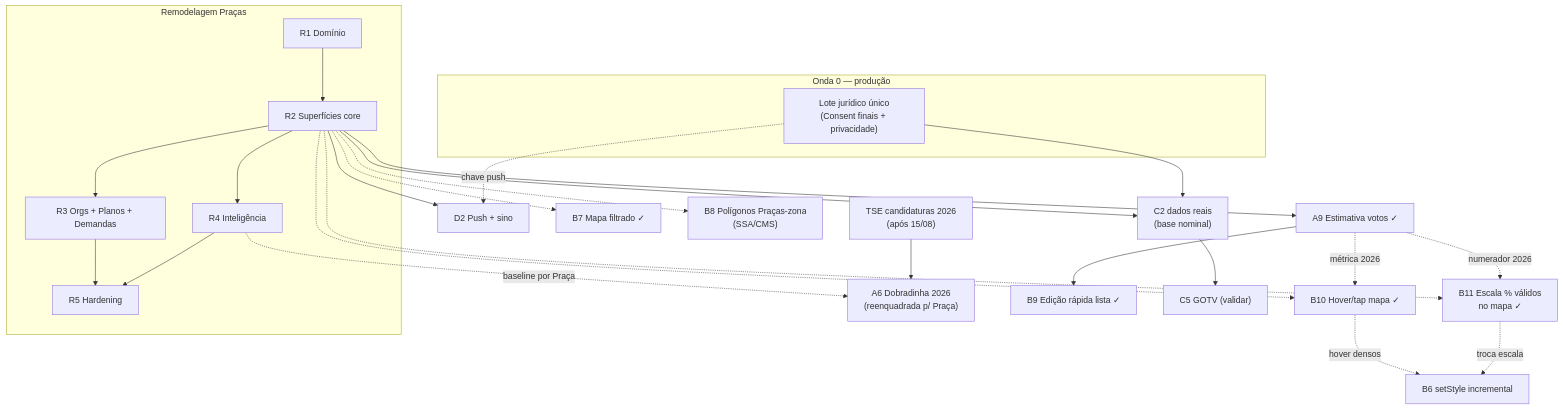
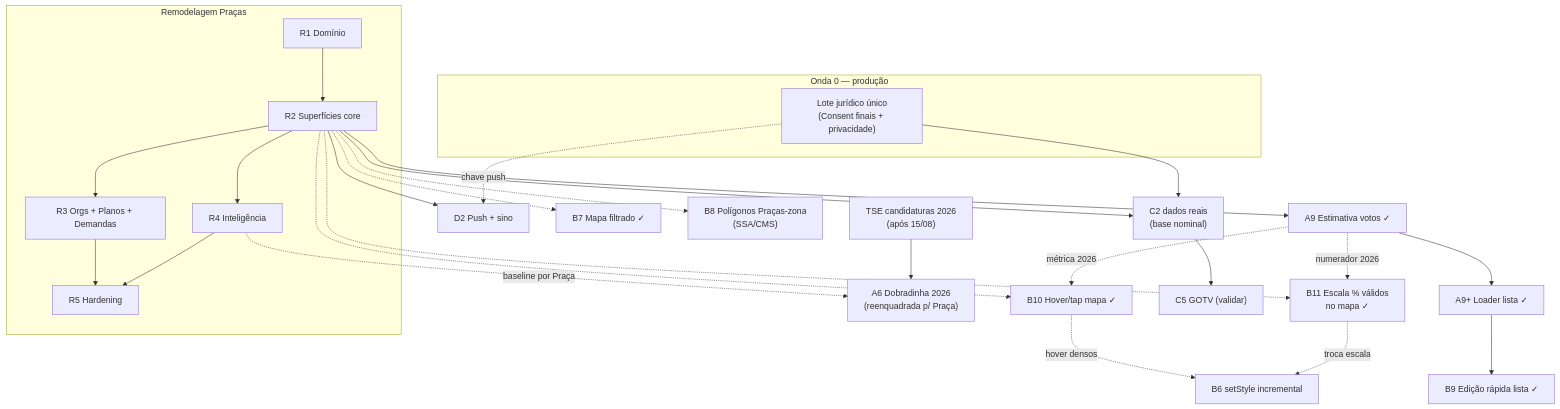
The diagram in docs/roadmap.md (fsolla/teqo), drawn with Mermaid before and after one commit. The commit also changed other lines of this file and 22 other files, not shown here.

````diff
--- a/docs/roadmap.md
+++ b/docs/roadmap.md
@@ -50,34 +50,35 @@
 ```mermaid
 flowchart TD
     subgraph Onda0["Onda 0 — produção"]
         JUR["Lote jurídico único<br/>(Consent finais + privacidade)"]
     end
 
     subgraph Remodel["Remodelagem Praças"]
         R1["R1 Domínio"]
         R2["R2 Superfícies core"]
         R3["R3 Orgs + Planos + Demandas"]
         R4["R4 Inteligência"]
         R5["R5 Hardening"]
     end
 
     R1 --> R2 --> R3 --> R5
     R2 --> R4 --> R5
     JUR --> C2prod["C2 dados reais<br/>(base nominal)"]
     R2 --> C2prod
     TSE2026["TSE candidaturas 2026<br/>(após 15/08)"] --> A6["A6 Dobradinha 2026<br/>(reenquadrada p/ Praça)"]
     R4 -.baseline por Praça.-> A6
     R2 --> D2["D2 Push + sino"]
     R2 --> A9["A9 Estimativa votos ✓"]
-    A9 --> B9["B9 Edição rápida lista ✓"]
+    A9 --> A9plus["A9+ Loader lista ✓"]
+    A9plus --> B9["B9 Edição rápida lista ✓"]
     R2 -.-> B7["B7 Mapa filtrado ✓"]
     R2 -.-> B8["B8 Polígonos Praças-zona<br/>(SSA/CMS)"]
     R2 -.-> B10["B10 Hover/tap mapa ✓"]
     R2 -.-> B11["B11 Escala % válidos<br/>no mapa ✓"]
     A9 -.métrica 2026.-> B10
     A9 -.numerador 2026.-> B11
     B10 -.hover densos.-> B6["B6 setStyle incremental"]
     B11 -.troca escala.-> B6
     JUR -.chave push.-> D2
     C2prod --> C5["C5 GOTV (validar)"]
 ```
````
